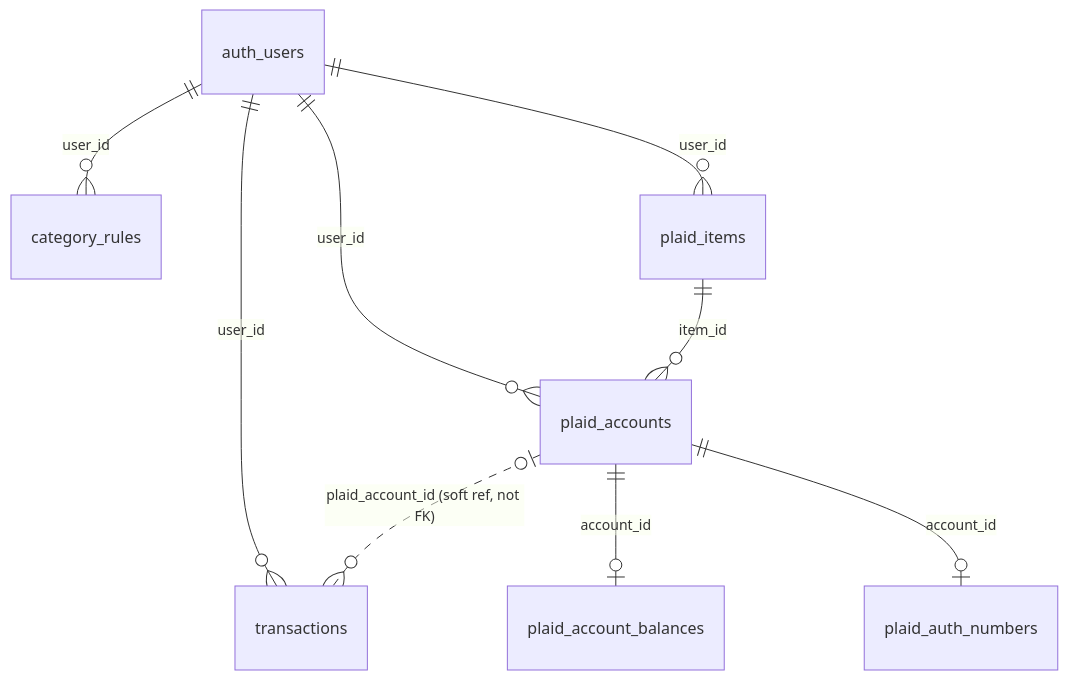
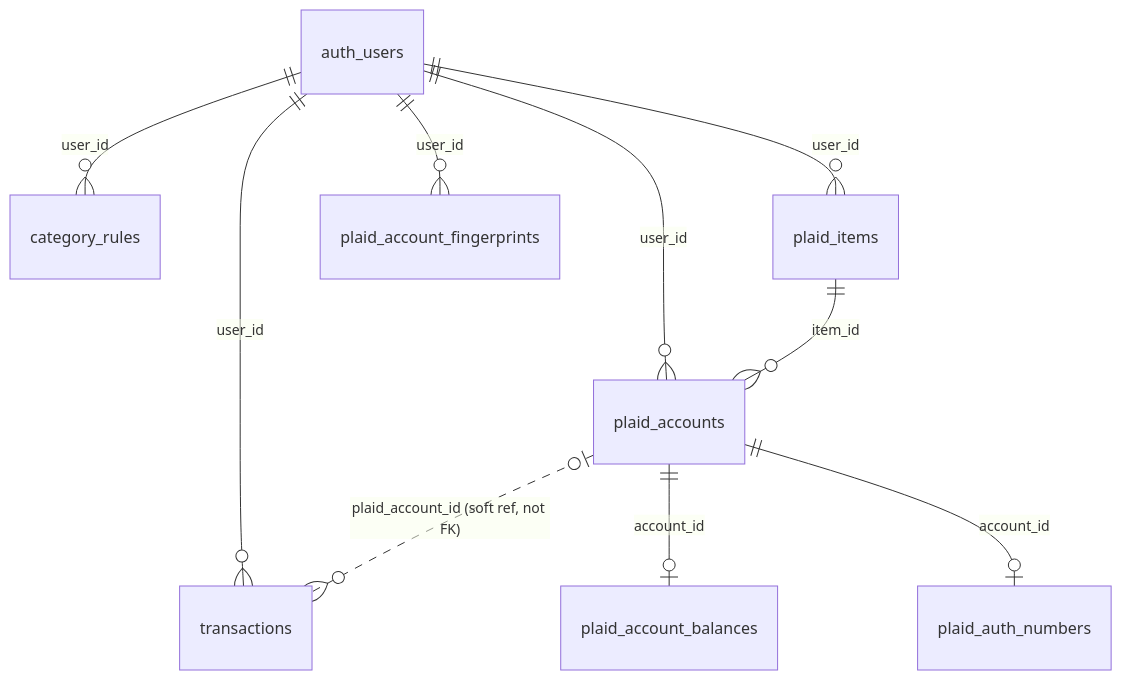
One commit to yasinshaikh-us/scorecard changed the diagram in SCHEMA.md. Above: the diagram before and after it, drawn with Mermaid. The commit also changed other lines of this file and 4 other files, not shown here.

````diff
--- a/SCHEMA.md
+++ b/SCHEMA.md
@@ -41,11 +42,12 @@
 ```mermaid
 erDiagram
     auth_users ||--o{ transactions : user_id
     auth_users ||--o{ category_rules : user_id
     auth_users ||--o{ plaid_items : user_id
     auth_users ||--o{ plaid_accounts : user_id
     plaid_items ||--o{ plaid_accounts : item_id
     plaid_accounts ||--o| plaid_account_balances : account_id
     plaid_accounts ||--o| plaid_auth_numbers : account_id
     plaid_accounts |o..o{ transactions : "plaid_account_id (soft ref, not FK)"
+    auth_users ||--o{ plaid_account_fingerprints : user_id
 ```
````
